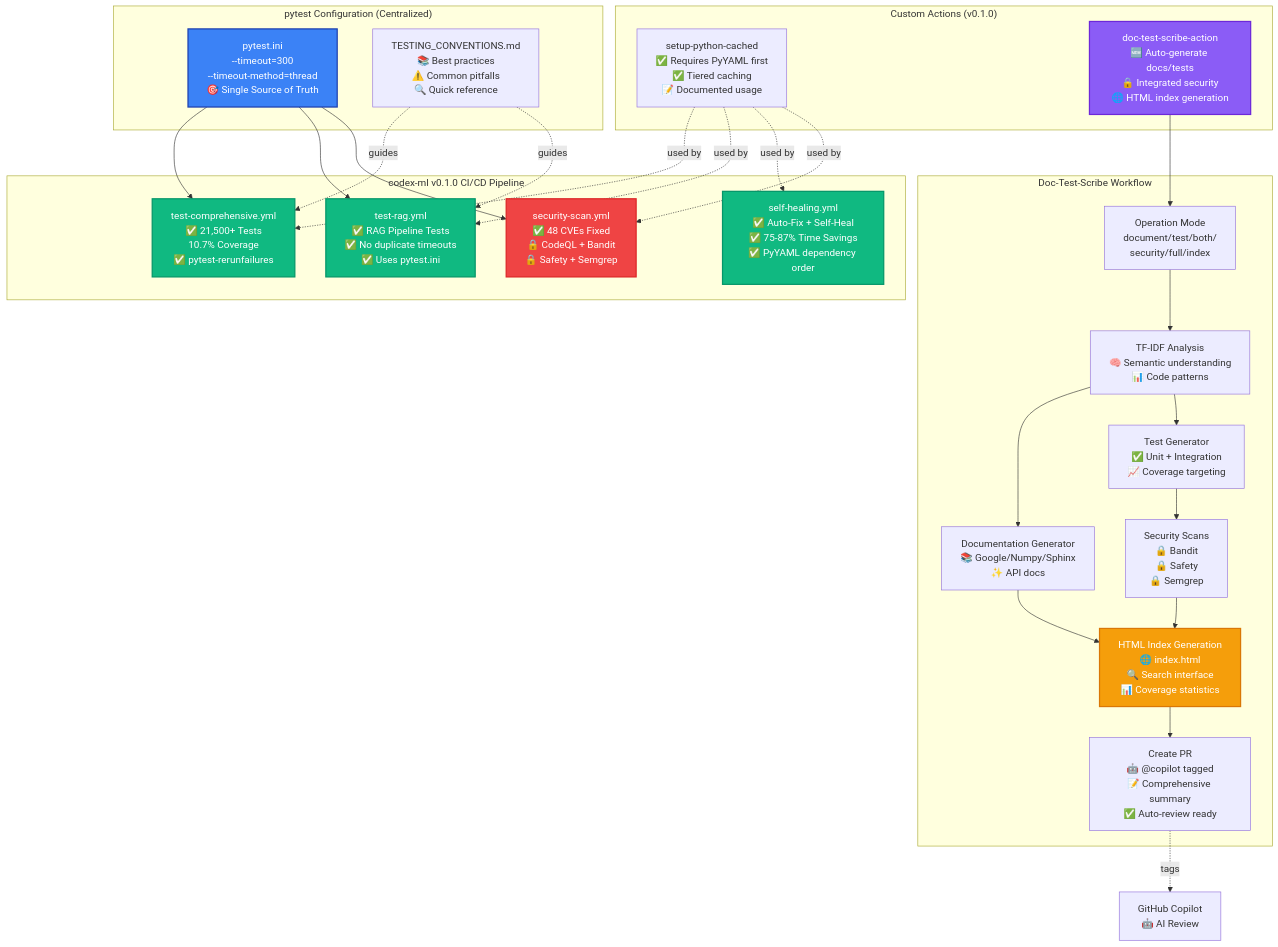
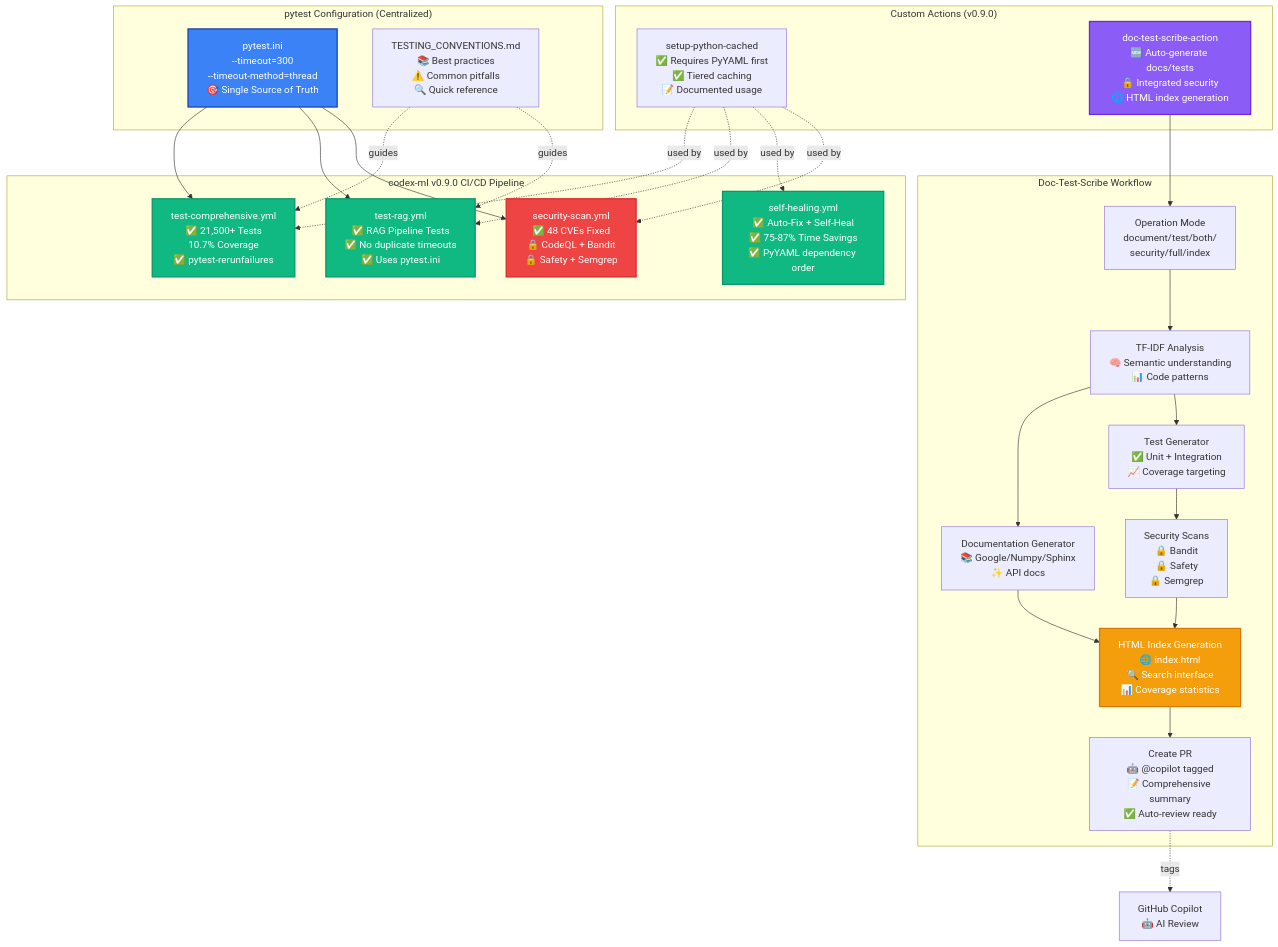
One commit to Aries-Serpent/_codex_ changed the first of 14 diagrams in docs/REPOSITORY_ARCHITECTURE_DIAGRAMS.md. Above: the diagram before and after it, drawn with Mermaid. The commit also changed other lines of this file and 6 other files, not shown here.

````diff
--- a/docs/REPOSITORY_ARCHITECTURE_DIAGRAMS.md
+++ b/docs/REPOSITORY_ARCHITECTURE_DIAGRAMS.md
@@ -29,65 +29,65 @@
 ```mermaid
 %%{init: {'accessibility': {'title': 'Diagram showing test-comprehensive.yml<br/>✅ 21,500+ Tests<br/>10.7% Coverage<br/>✅ pytest-rerunfailures, test-rag.yml<br/>✅ RAG Pipeline Tests<br/>✅ No duplicate timeouts<br/>✅ Uses pytest.ini'}}%%
 graph TB
-    subgraph "codex-ml v0.1.0 CI/CD Pipeline"
+    subgraph "codex-ml v0.9.0 CI/CD Pipeline"
         TC[test-comprehensive.yml<br/>✅ 21,500+ Tests<br/>10.7% Coverage<br/>✅ pytest-rerunfailures]
         TR[test-rag.yml<br/>✅ RAG Pipeline Tests<br/>✅ No duplicate timeouts<br/>✅ Uses pytest.ini]
         SH[self-healing.yml<br/>✅ Auto-Fix + Self-Heal<br/>✅ 75-87% Time Savings<br/>✅ PyYAML dependency order]
         SEC[security-scan.yml<br/>✅ 48 CVEs Fixed<br/>🔒 CodeQL + Bandit<br/>🔒 Safety + Semgrep]
     end
 
     subgraph "pytest Configuration (Centralized)"
         PI[pytest.ini<br/>--timeout=300<br/>--timeout-method=thread<br/>🎯 Single Source of Truth]
         CONV[TESTING_CONVENTIONS.md<br/>📚 Best practices<br/>⚠️ Common pitfalls<br/>🔍 Quick reference]
     end
 
-    subgraph "Custom Actions (v0.1.0)"
+    subgraph "Custom Actions (v0.9.0)"
         SPC[setup-python-cached<br/>✅ Requires PyYAML first<br/>✅ Tiered caching<br/>📝 Documented usage]
         DTS[doc-test-scribe-action<br/>🆕 Auto-generate docs/tests<br/>🔒 Integrated security<br/>🌐 HTML index generation]
     end
 
     subgraph "Doc-Test-Scribe Workflow"
         MODE[Operation Mode<br/>document/test/both/<br/>security/full/index]
         ANALYZE[TF-IDF Analysis<br/>🧠 Semantic understanding<br/>📊 Code patterns]
         GENDOC[Documentation Generator<br/>📚 Google/Numpy/Sphinx<br/>✨ API docs]
         GENTEST[Test Generator<br/>✅ Unit + Integration<br/>📈 Coverage targeting]
         SECURITY[Security Scans<br/>🔒 Bandit<br/>🔒 Safety<br/>🔒 Semgrep]
         HTML[HTML Index Generation<br/>🌐 index.html<br/>🔍 Search interface<br/>📊 Coverage statistics]
         PR[Create PR<br/>🤖 @copilot tagged<br/>📝 Comprehensive summary<br/>✅ Auto-review ready]
     end
 
     %% Configuration flows
     PI --> TC
     PI --> TR
     PI --> SEC
     CONV -.guides.-> TC
     CONV -.guides.-> TR
 
     %% Custom action usage
     SPC -.used by.-> TC
     SPC -.used by.-> TR
     SPC -.used by.-> SH
     SPC -.used by.-> SEC
 
     %% Doc-Test-Scribe workflow
     MODE --> ANALYZE
     ANALYZE --> GENDOC
     ANALYZE --> GENTEST
     GENDOC --> HTML
     GENTEST --> SECURITY
     SECURITY --> HTML
     HTML --> PR
 
     %% Integration points
     DTS --> MODE
     PR -.tags.-> Copilot[GitHub Copilot<br/>🤖 AI Review]
 
-    %% Styling v0.1.0
+    %% Styling v0.9.0
     style TC fill:#10b981,stroke:#059669,stroke-width:2px,color:#fff
     style TR fill:#10b981,stroke:#059669,stroke-width:2px,color:#fff
     style SH fill:#10b981,stroke:#059669,stroke-width:2px,color:#fff
     style SEC fill:#ef4444,stroke:#dc2626,stroke-width:2px,color:#fff
     style PI fill:#3b82f6,stroke:#1e40af,stroke-width:2px,color:#fff
     style DTS fill:#8b5cf6,stroke:#6d28d9,stroke-width:2px,color:#fff
     style HTML fill:#f59e0b,stroke:#d97706,stroke-width:2px,color:#fff
 ```
````
